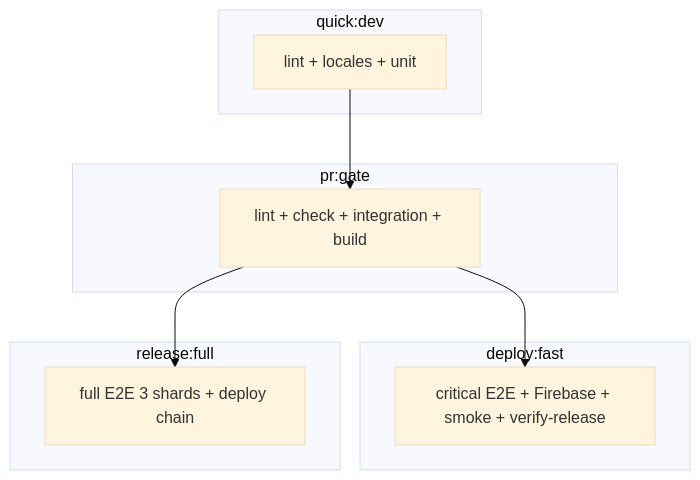
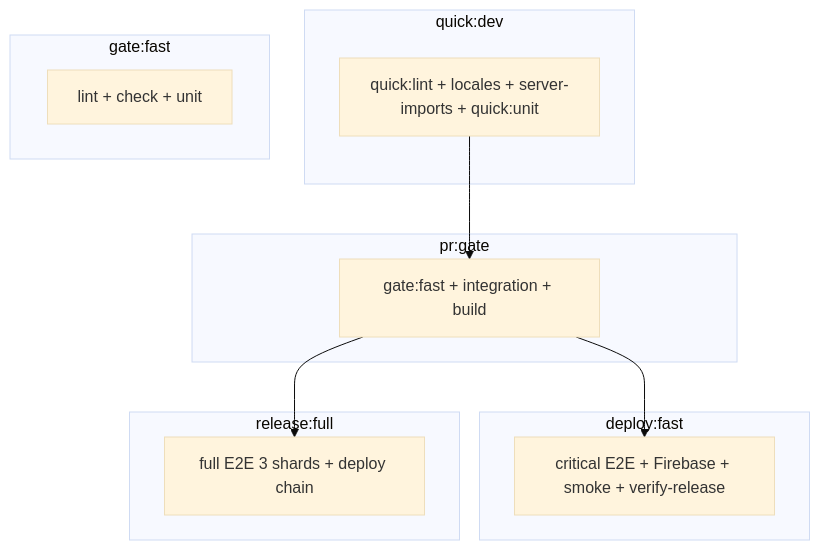
Before and after one commit to arpi09/grocery-manager: the diagram in docs/CI_CD.md, drawn with Mermaid (base theme). The commit also changed other lines of this file and 19 other files, not shown here.

````diff
--- a/docs/CI_CD.md
+++ b/docs/CI_CD.md
@@ -11,18 +11,21 @@
 ```mermaid
 flowchart TB
   subgraph tier0 [quick:dev]
-    QD[lint + locales + unit]
+    QD[quick:lint + locales + server-imports + quick:unit]
+  end
+  subgraph tier0b [gate:fast]
+    GF[lint + check + unit]
   end
   subgraph tier1 [pr:gate]
-    PG[lint + check + integration + build]
+    PG[gate:fast + integration + build]
   end
   subgraph tier2 [deploy:fast]
     DF[critical E2E + Firebase + smoke + verify-release]
   end
   subgraph tier3 [release:full]
     RF[full E2E 3 shards + deploy chain]
   end
   QD --> PG
   PG --> DF
   PG --> RF
 ```
````
